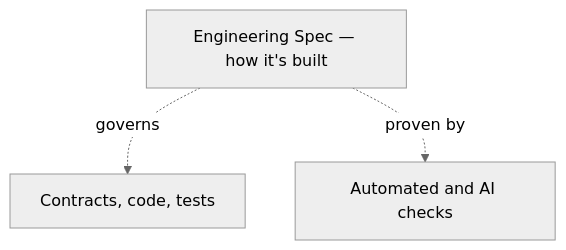
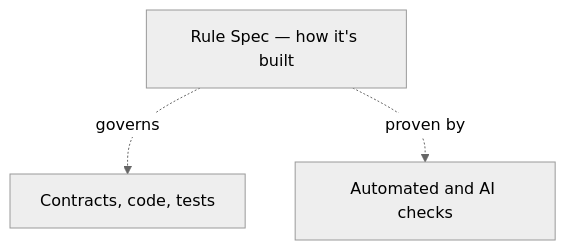
One commit to foreachpartners/main-spex changed the second of 2 diagrams in README.md. Above: the diagram before and after it, drawn with Mermaid (neutral theme). The commit also changed other lines of this file and 133 other files, not shown here.

First line of the commit message:
feat: rename engineering spec to rule spec

````diff
--- a/README.md
+++ b/README.md
@@ -115,5 +115,5 @@
 ```mermaid
 flowchart TD
-    Eng["Engineering Spec — how it's built"] -.governs.-> Flow["Contracts, code, tests"]
+    Eng["Rule Spec — how it's built"] -.governs.-> Flow["Contracts, code, tests"]
     Eng -.proven by.-> Checks["Automated and AI checks"]
 ```
````
